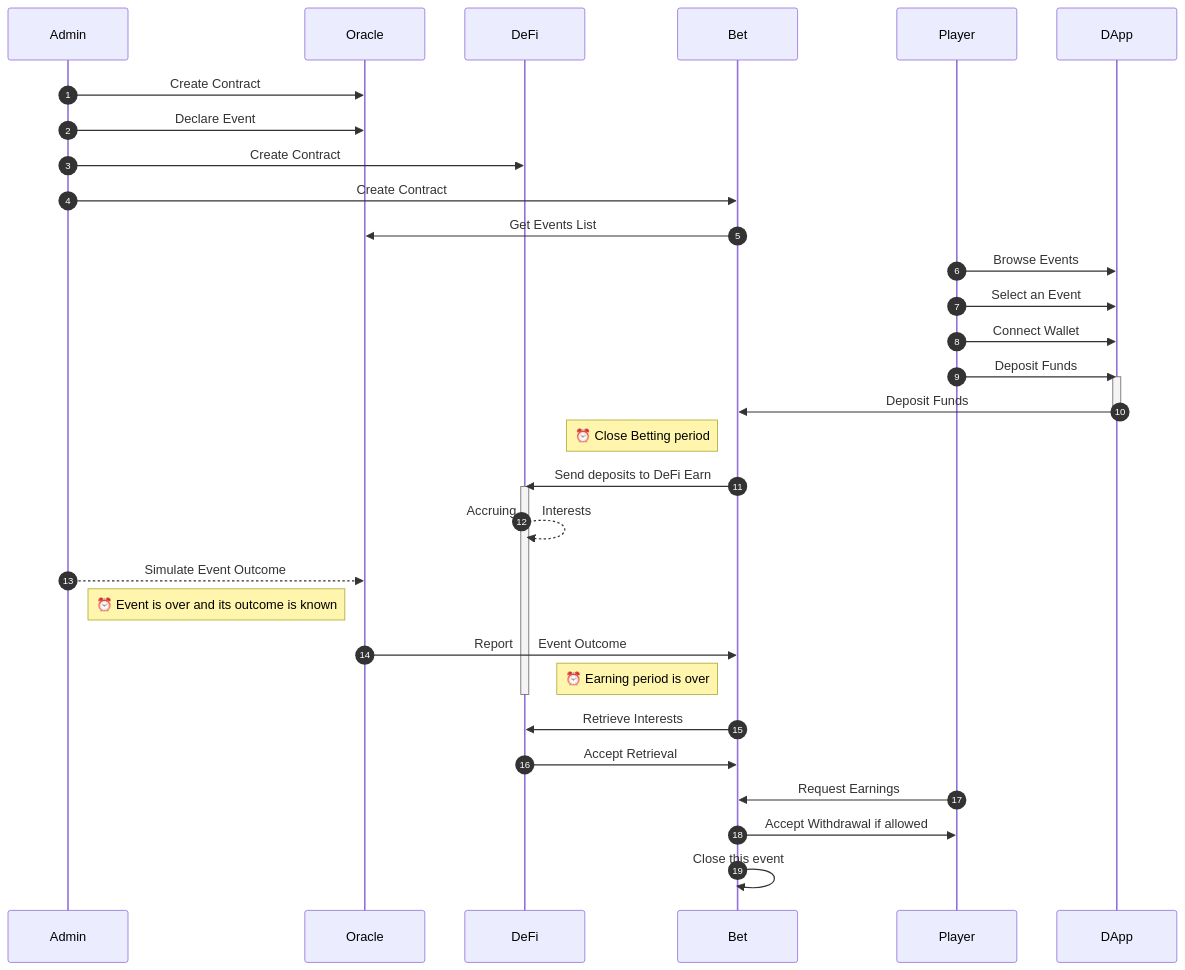
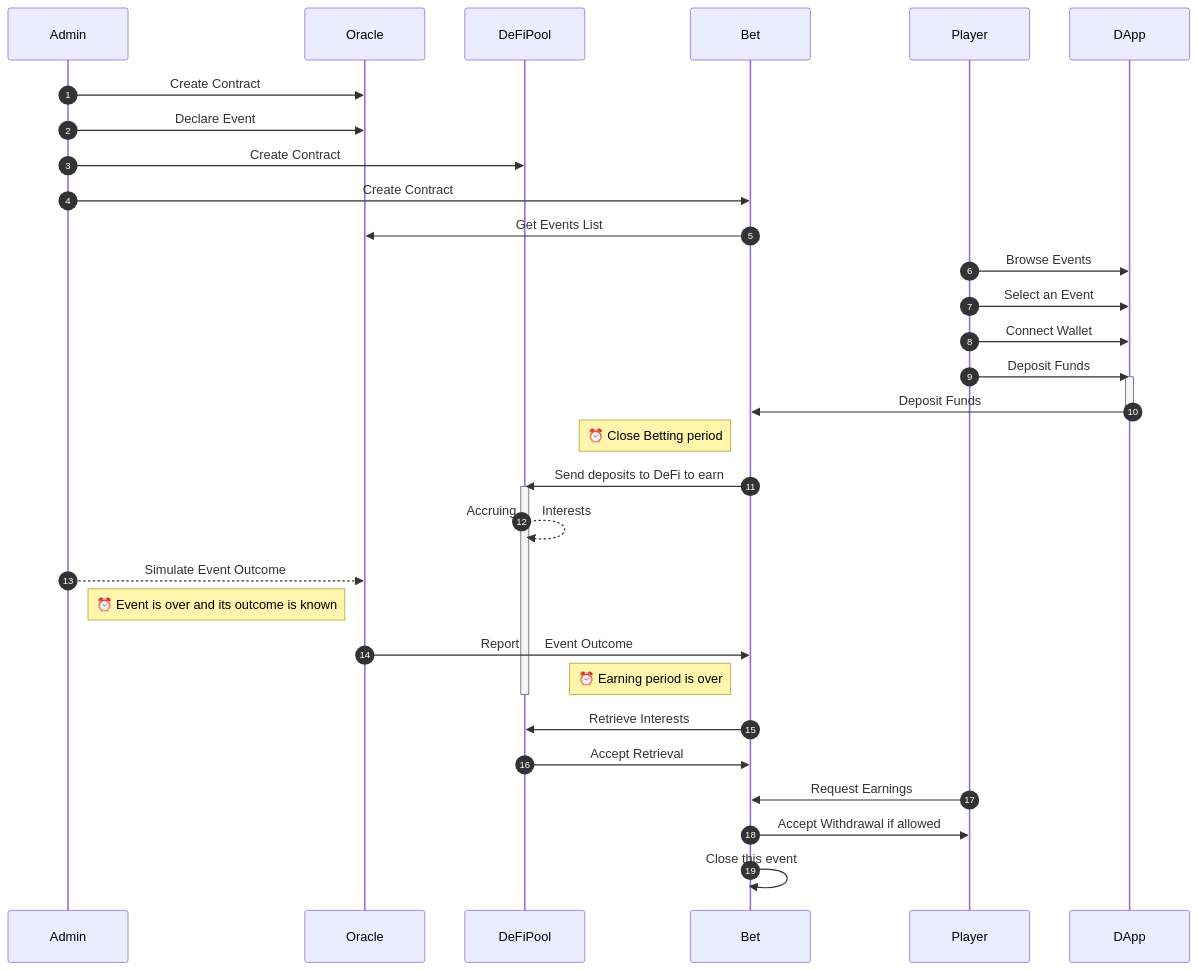
The diagram in README.md (soft2dev/betting-dapp), drawn with Mermaid before and after one commit. The commit also changed other lines of this file, not shown here.

First line of the commit message:
Fix contract name in interaction diagram

````diff
--- a/README.md
+++ b/README.md
@@ -62,36 +65,36 @@
 ```mermaid
 sequenceDiagram autonumber
     Admin->>Oracle: Create Contract
     Admin->>Oracle: Declare Event
-    Admin->>DeFi: Create Contract
+    Admin->>DeFiPool: Create Contract
     Admin->>Bet:  Create Contract
     
     Bet->>Oracle:  Get Events List
     Player->>DApp: Browse Events
     Player->>DApp: Select an Event
     Player->>DApp: Connect Wallet
     
     Player->>DApp: Deposit Funds
     activate DApp
     DApp->>Bet: Deposit Funds
     deactivate DApp
     
     Note left of Bet: ⏰ Close Betting period
-    Bet->>DeFi: Send deposits to DeFi Earn
-    activate DeFi
-    DeFi-->>DeFi: Accruing    Interests    
+    Bet->>DeFiPool: Send deposits to DeFi to earn
+    activate DeFiPool
+    DeFiPool-->>DeFiPool: Accruing    Interests    
 
     Admin-->>Oracle: Simulate Event Outcome
     Note left of Oracle: ⏰ Event is over and its outcome is known
     Oracle->>Bet: Report    Event Outcome 
     
     Note left of Bet: ⏰ Earning period is over
-    deactivate DeFi
-    Bet->>DeFi: Retrieve Interests
-    DeFi->>Bet: Accept Retrieval
+    deactivate DeFiPool
+    Bet->>DeFiPool: Retrieve Interests
+    DeFiPool->>Bet: Accept Retrieval
 
     Player->>Bet: Request Earnings
     Bet->>Player: Accept Withdrawal if allowed
     
     Bet->>Bet: Close this event 
 ```
````
